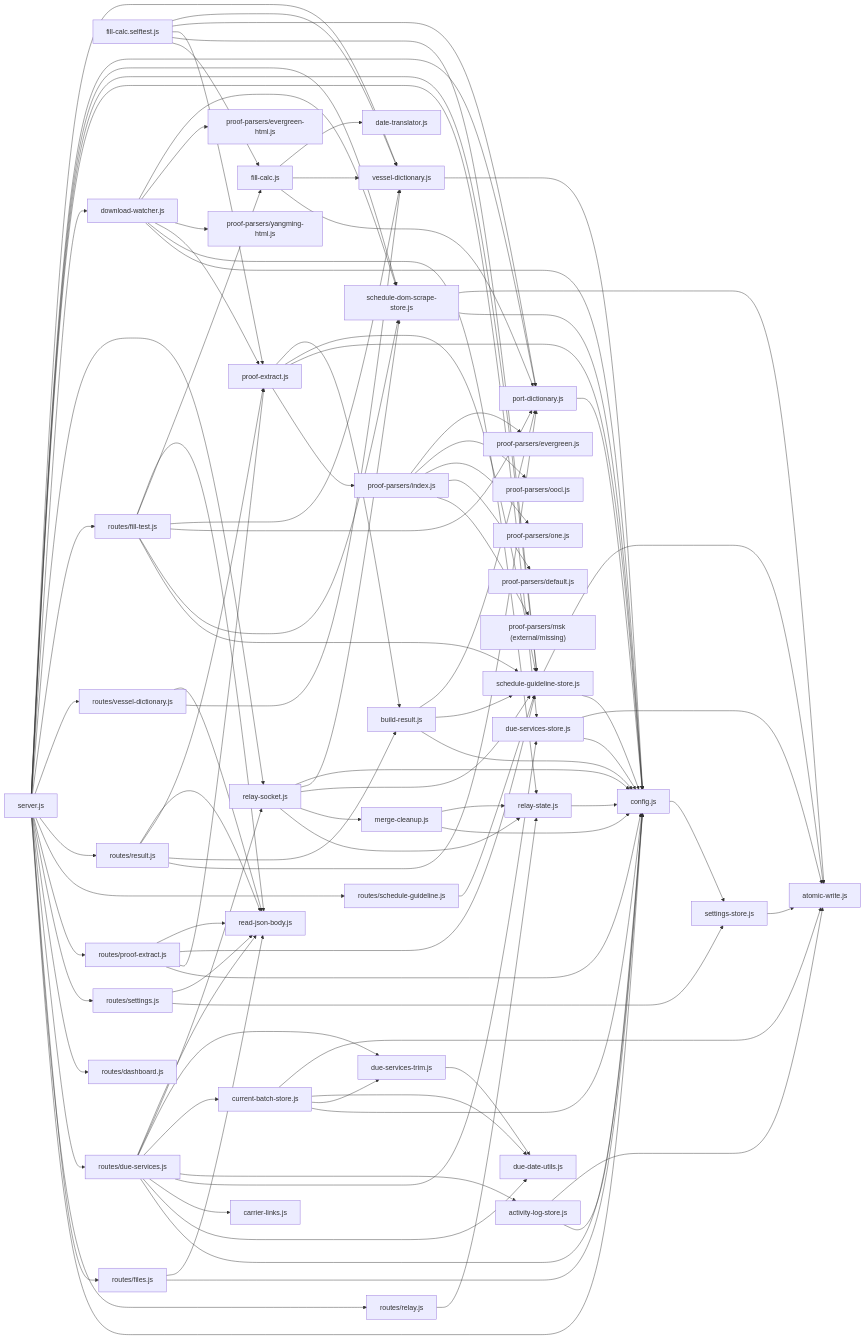
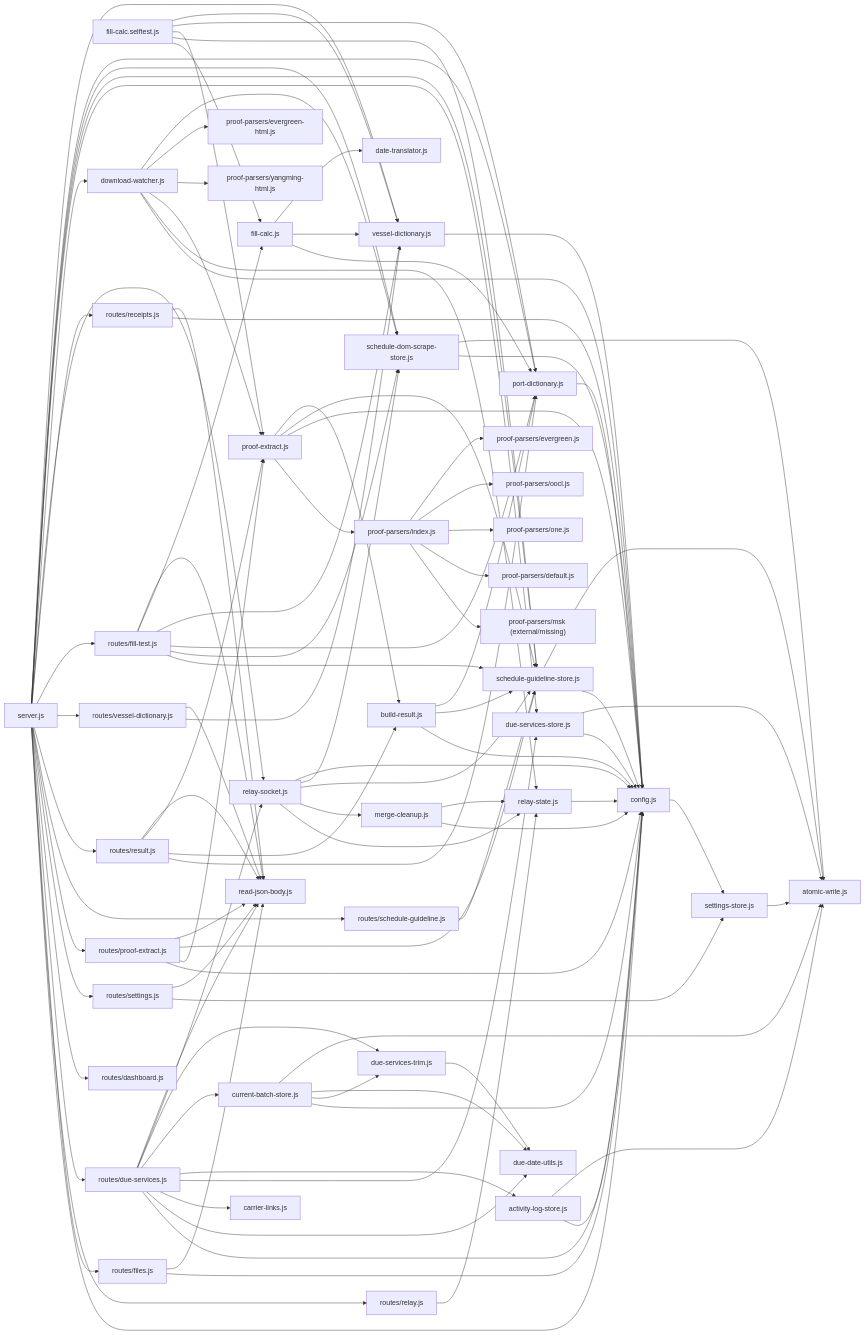
The second of 2 diagrams in CODEMAP.md (Te1k41/data-entry-helper), drawn with Mermaid before and after one commit. The commit also changed other lines of this file and 4 other files, not shown here.

```diff
--- a/CODEMAP.md
+++ b/CODEMAP.md
@@ -413,6 +413,8 @@
   routes_proof_extract_js["routes/proof-extract.js"] --> proof_extract_js["proof-extract.js"]
   routes_proof_extract_js["routes/proof-extract.js"] --> schedule_guideline_store_js["schedule-guideline-store.js"]
   routes_proof_extract_js["routes/proof-extract.js"] --> read_json_body_js["read-json-body.js"]
+  routes_receipts_js["routes/receipts.js"] --> config_js["config.js"]
+  routes_receipts_js["routes/receipts.js"] --> read_json_body_js["read-json-body.js"]
   routes_relay_js["routes/relay.js"] --> relay_state_js["relay-state.js"]
   routes_result_js["routes/result.js"] --> port_dictionary_js["port-dictionary.js"]
   routes_result_js["routes/result.js"] --> build_result_js["build-result.js"]
@@ -438,6 +440,7 @@
   server_js["server.js"] --> routes_result_js["routes/result.js"]
   server_js["server.js"] --> routes_vessel_dictionary_js["routes/vessel-dictionary.js"]
   server_js["server.js"] --> routes_fill_test_js["routes/fill-test.js"]
+  server_js["server.js"] --> routes_receipts_js["routes/receipts.js"]
   server_js["server.js"] --> relay_socket_js["relay-socket.js"]
   server_js["server.js"] --> download_watcher_js["download-watcher.js"]
   server_js["server.js"] --> due_services_store_js["due-services-store.js"]
```
